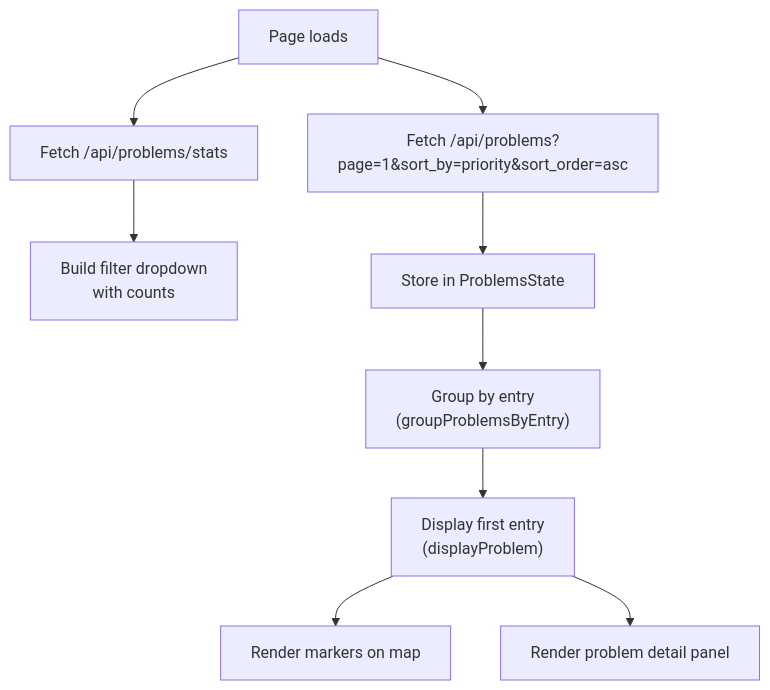
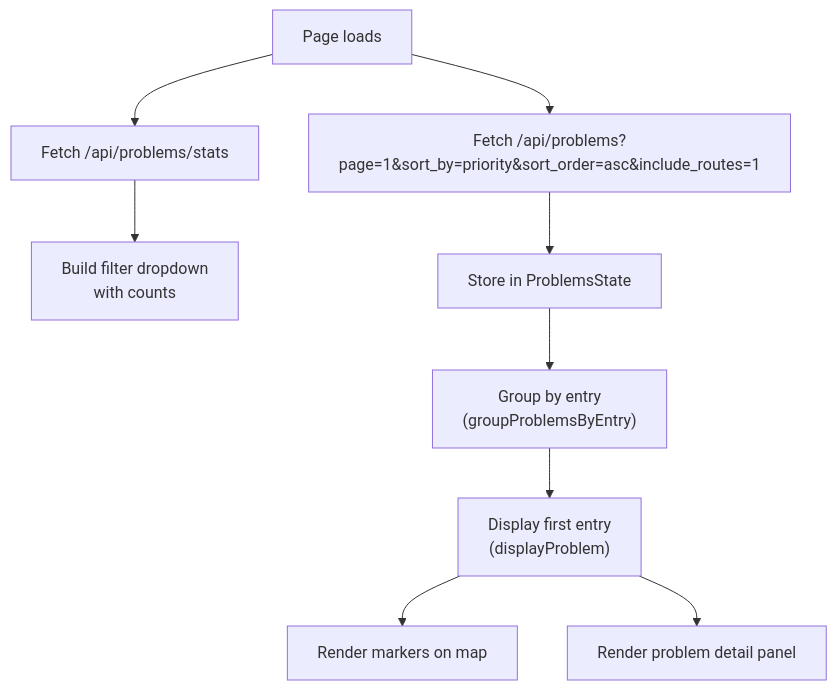
Before and after one commit to openTdataCH/stop_sync_osm_atlas: the second of 2 diagrams in documentation/6.4 Problems Page.md, drawn with Mermaid. The commit also changed other lines of this file and 7 other files, not shown here.

````diff
--- a/documentation/6.4 Problems Page.md
+++ b/documentation/6.4 Problems Page.md
@@ -81,11 +81,11 @@
 ```mermaid
 flowchart TD
     A["Page loads"] --> B["Fetch /api/problems/stats"]
-    A --> C["Fetch /api/problems?page=1&sort_by=priority&sort_order=asc"]
+    A --> C["Fetch /api/problems?page=1&sort_by=priority&sort_order=asc&include_routes=1"]
     B --> D["Build filter dropdown<br/>with counts"]
     C --> E["Store in ProblemsState"]
     E --> F["Group by entry<br/>(groupProblemsByEntry)"]
     F --> G["Display first entry<br/>(displayProblem)"]
     G --> H["Render markers on map"]
     G --> I["Render problem detail panel"]
 ```
````
